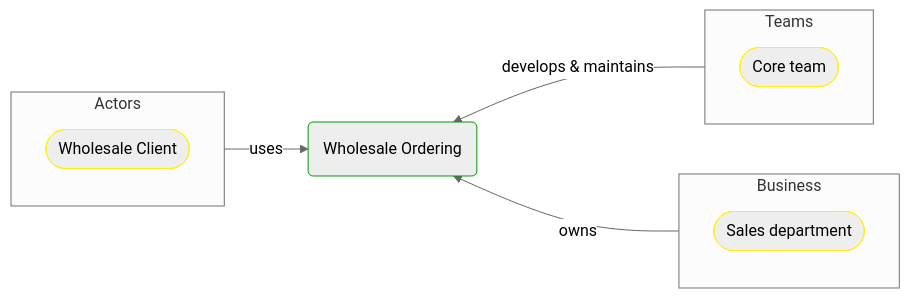
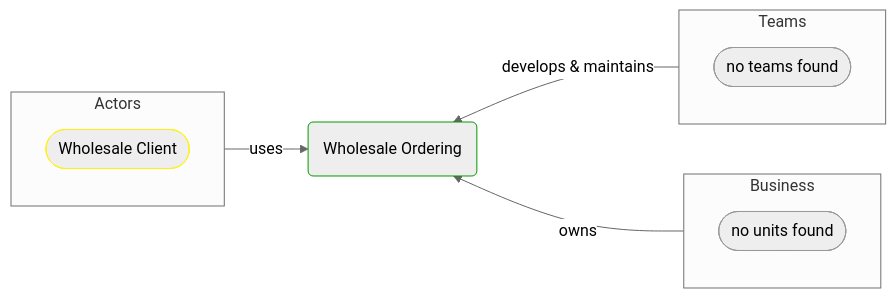
Before and after one commit to itlibrium/DDD-starter-dotnet: the fourth of 4 diagrams in Docs/P3/MermaidOutput/Domain/Processes/WholesaleOrdering.md, drawn with Mermaid (neutral theme). The commit also changed other lines of this file and 68 other files, not shown here.

````diff
--- a/Docs/P3/MermaidOutput/Domain/Processes/WholesaleOrdering.md
+++ b/Docs/P3/MermaidOutput/Domain/Processes/WholesaleOrdering.md
@@ -84,31 +84,29 @@
 ```mermaid
   flowchart LR
     subgraph 0["Actors"]
       direction TB
       1([Wholesale Client])
       class 1 PeoplePerspective
     end
     2(Wholesale Ordering)
     class 2 DomainPerspective
     0-->|uses|2
     subgraph 3["Teams"]
       direction TB
-      4([Core team])
-      class 4 PeoplePerspective
+      4([no teams found])
     end
     2---3
     3-->|develops & maintains|2
     3---2
     subgraph 5["Business"]
       direction TB
-      6([Sales department])
-      class 6 PeoplePerspective
+      6([no units found])
     end
     2---5
     5-->|owns|2
     5---2
     linkStyle 1,3,4,6 stroke:none
     classDef DomainPerspective stroke:#009900
     classDef TechnologyPerspective stroke:#1F41EB
     classDef PeoplePerspective stroke:#FFF014
 ```
````
